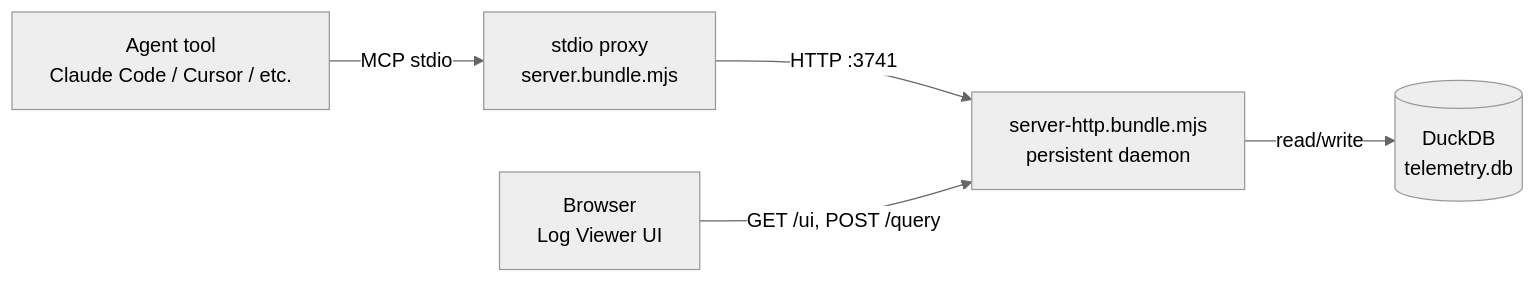
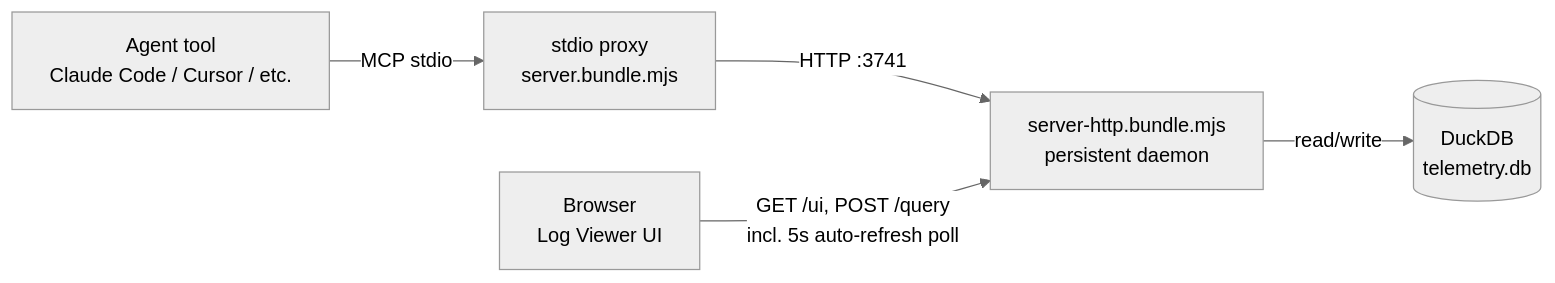
One commit to planifest/structured-telemetry-mcp changed the diagram in docs/architecture-overview.md. Above: the diagram before and after it, drawn with Mermaid (neutral theme). The commit also changed other lines of this file and 81 other files, not shown here.

````diff
--- a/docs/architecture-overview.md
+++ b/docs/architecture-overview.md
@@ -26,7 +26,7 @@
 ```mermaid
 flowchart LR
     Agent[Agent tool<br/>Claude Code / Cursor / etc.] -->|MCP stdio| Proxy[stdio proxy<br/>server.bundle.mjs]
     Proxy -->|HTTP :3741| Backend[server-http.bundle.mjs<br/>persistent daemon]
-    Browser[Browser<br/>Log Viewer UI] -->|GET /ui, POST /query| Backend
+    Browser[Browser<br/>Log Viewer UI] -->|GET /ui, POST /query<br/>incl. 5s auto-refresh poll| Backend
     Backend -->|read/write| DuckDB[(DuckDB<br/>telemetry.db)]
 ```
````
